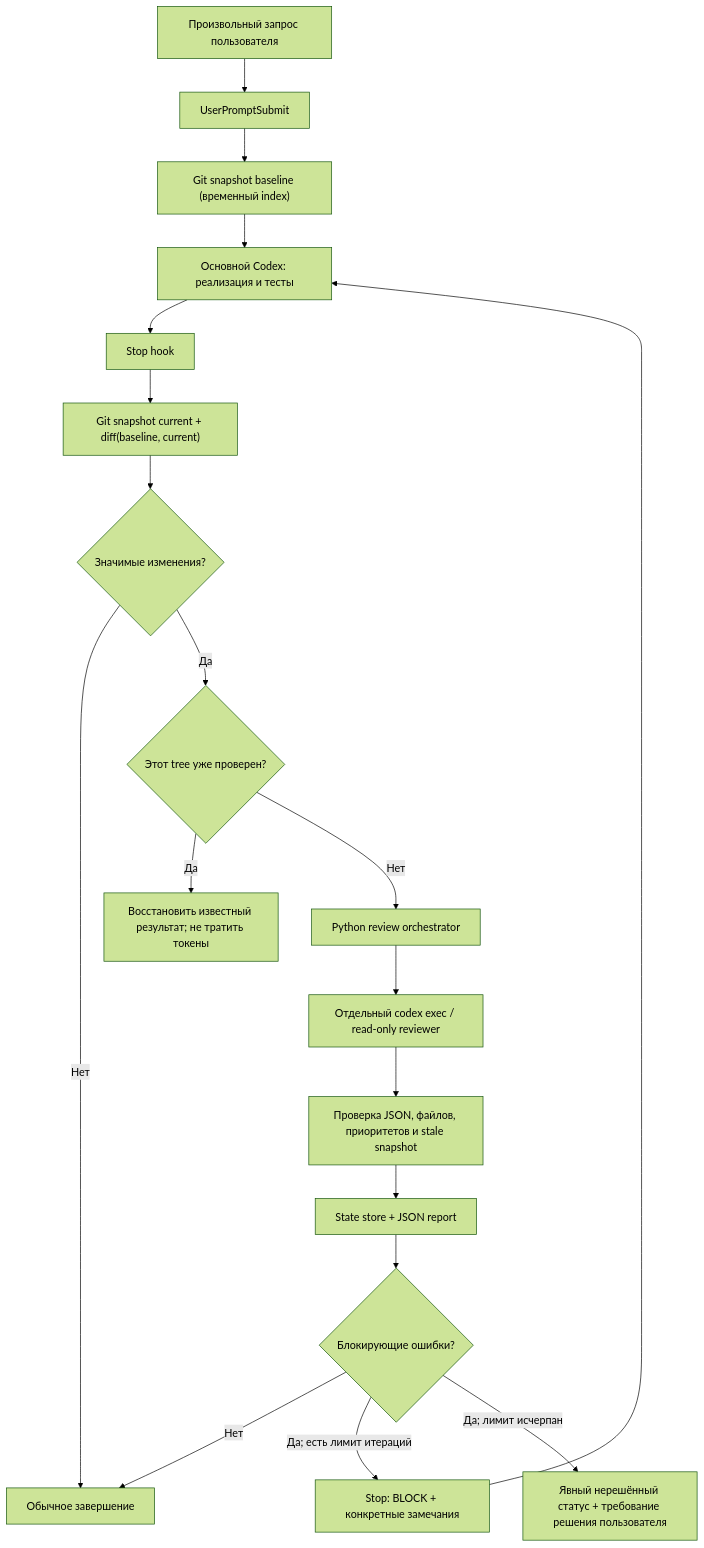
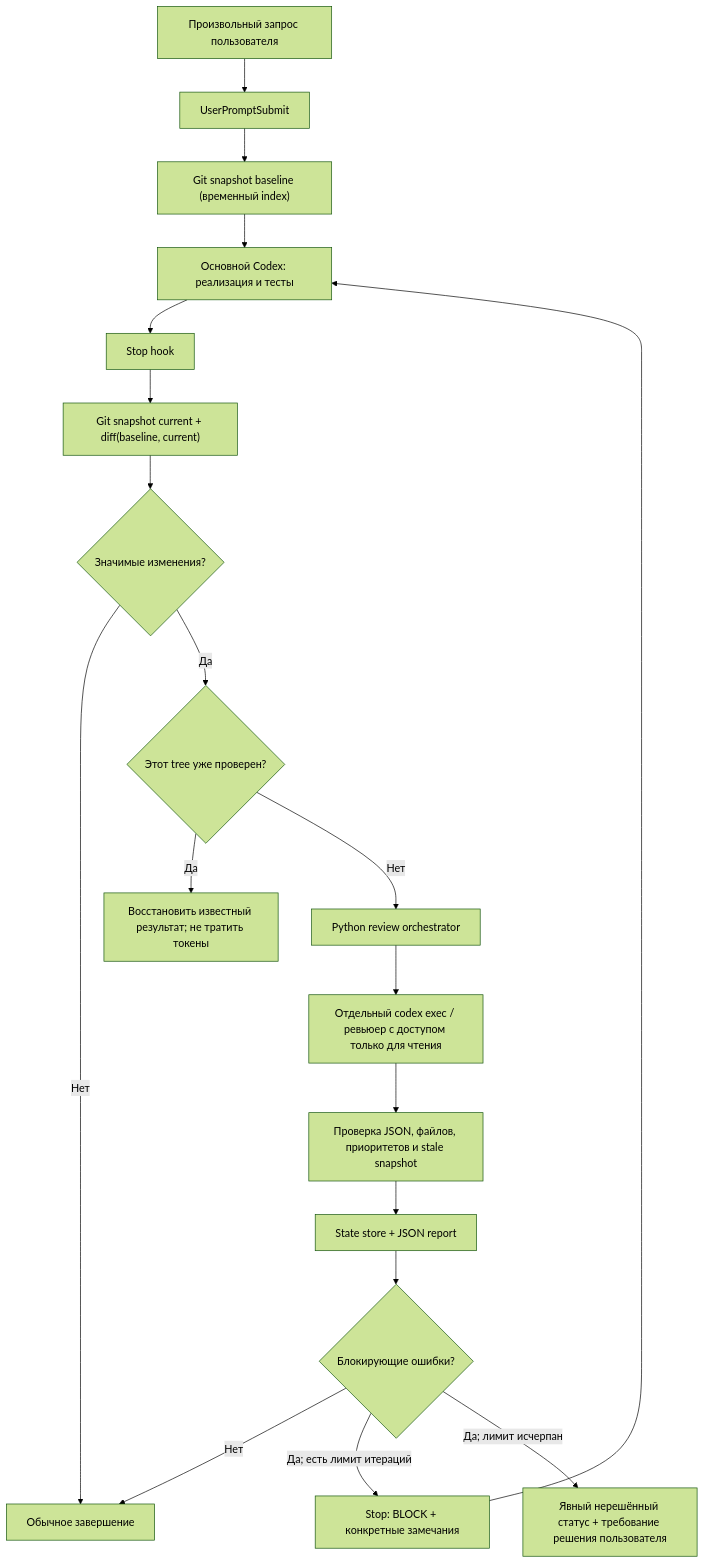
Before and after one commit to hiantonnazarov/codex-auto-code-review: the diagram in requirements.md, drawn with Mermaid (forest theme). The commit also changed other lines of this file, not shown here.

````diff
--- a/requirements.md
+++ b/requirements.md
@@ -84,21 +84,21 @@
 ```mermaid
 flowchart TD
     U["Произвольный запрос пользователя"] --> HS["UserPromptSubmit"]
     HS --> GS["Git snapshot baseline (временный index)"]
     GS --> A["Основной Codex: реализация и тесты"]
     A --> H["Stop hook"]
     H --> GE["Git snapshot current + diff(baseline, current)"]
     GE --> F{"Значимые изменения?"}
     F -- "Нет" --> E["Обычное завершение"]
     F -- "Да" --> D{"Этот tree уже проверен?"}
     D -- "Да" --> P["Восстановить известный результат; не тратить токены"]
     D -- "Нет" --> O["Python review orchestrator"]
-    O --> R["Отдельный codex exec / read-only reviewer"]
+    O --> R["Отдельный codex exec / ревьюер с доступом только для чтения"]
     R --> V["Проверка JSON, файлов, приоритетов и stale snapshot"]
     V --> ST["State store + JSON report"]
     ST --> B{"Блокирующие ошибки?"}
     B -- "Нет" --> E
     B -- "Да; есть лимит итераций" --> BK["Stop: BLOCK + конкретные замечания"]
     BK --> A
     B -- "Да; лимит исчерпан" --> W["Явный нерешённый статус + требование решения пользователя"]
 ```
````
